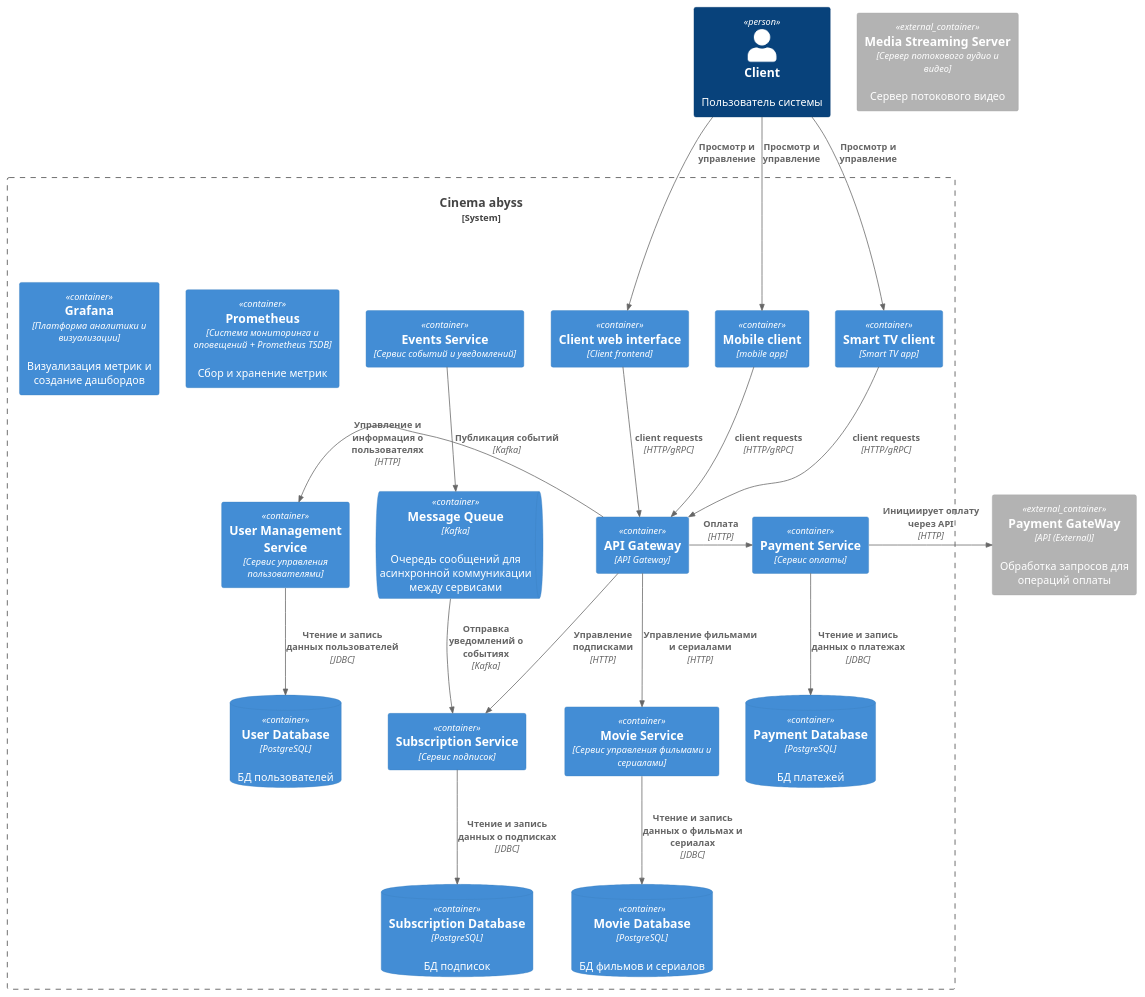
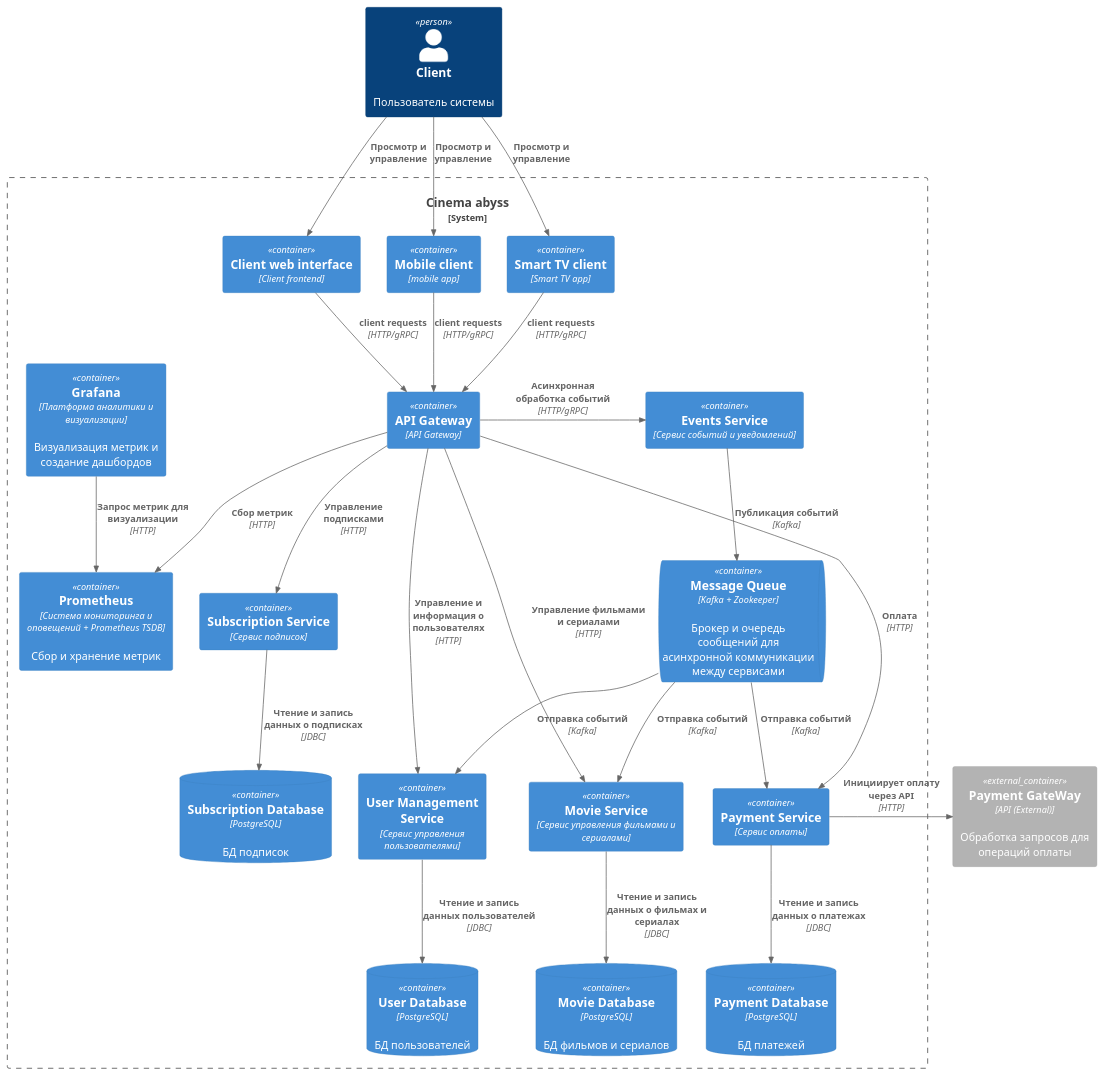
The diagram in docs/containers_C4.puml (ayakhont/architecture-cinemaabyss), drawn with PlantUML before and after one commit. The commit also changed 5 other files, not shown here.

```diff
--- a/docs/containers_C4.puml
+++ b/docs/containers_C4.puml
@@ -1,55 +1,59 @@
 @startuml
 
 !include <C4/C4_Container>
 
 Person(client, "Client", "Пользователь системы")
 System_Boundary(platform, "Cinema abyss") {
     Container(clientFrontend, "Client web interface", "Client frontend")
     Container(clientMobile, "Mobile client", "mobile app")
     Container(clientTv, "Smart TV client", "Smart TV app")
     Container(apiGateway, "API Gateway", "API Gateway")
     Container(userManagement, "User Management Service", "Сервис управления пользователями")
     ContainerDb(userDb, "User Database", "PostgreSQL", "БД пользователей")
     Container(paymentService, "Payment Service", "Сервис оплаты")
     ContainerDb(paymentDb, "Payment Database", "PostgreSQL", "БД платежей")
     Container(subscriptionService, "Subscription Service", "Сервис подписок")
     ContainerDb(subscriptionDb, "Subscription Database", "PostgreSQL", "БД подписок")
     Container(eventsService, "Events Service", "Сервис событий и уведомлений")
-    ContainerQueue(messageQueue, "Message Queue", "Kafka", "Очередь сообщений для асинхронной коммуникации между сервисами")
+    ContainerQueue(messageQueue, "Message Queue", "Kafka + Zookeeper", "Брокер и очередь сообщений для асинхронной коммуникации между сервисами")
     Container(moviesService, "Movie Service", "Сервис управления фильмами и сериалами")
     ContainerDb(movieDb, "Movie Database", "PostgreSQL", "БД фильмов и сериалов")
 
 
 
     Container(prometheus, "Prometheus", "Система мониторинга и оповещений + Prometheus TSDB", "Сбор и хранение метрик")
     Container(grafana, "Grafana", "Платформа аналитики и визуализации", "Визуализация метрик и создание дашбордов")
 }
 Container_Ext(payment, "Payment GateWay", "API (External)", "Обработка запросов для операций оплаты")
-Container_Ext(mediaStreamingServer, "Media Streaming Server", "Сервер потокового аудио и видео", "Сервер потокового видео")
-
 
 Rel(client, clientFrontend, "Просмотр и управление")
 Rel(client, clientMobile, "Просмотр и управление")
 Rel(client, clientTv, "Просмотр и управление")
 Rel(clientFrontend, apiGateway, "client requests", "HTTP/gRPC")
 Rel(clientMobile, apiGateway, "client requests", "HTTP/gRPC")
 Rel(clientTv, apiGateway, "client requests", "HTTP/gRPC")
 Rel(userManagement, userDb, "Чтение и запись данных пользователей", "JDBC")
 Rel(subscriptionService, subscriptionDb, "Чтение и запись данных о подписках", "JDBC")
 Rel(eventsService, messageQueue, "Публикация событий", "Kafka")
 Rel(moviesService, movieDb, "Чтение и запись данных о фильмах и сериалах", "JDBC")
 
-Rel(messageQueue, subscriptionService, "Отправка уведомлений о событиях", "Kafka")
+Rel(messageQueue, moviesService, "Отправка событий", "Kafka")
+Rel(messageQueue, userManagement, "Отправка событий", "Kafka")
+Rel(messageQueue, paymentService, "Отправка событий", "Kafka")
+
 
 Rel_R(apiGateway, paymentService, "Оплата", "HTTP")
+Rel_R(apiGateway, "eventsService", "Асинхронная обработка событий", "HTTP/gRPC")
 Rel_L(apiGateway, userManagement, "Управление и информация о пользователях" ,"HTTP")
 Rel(apiGateway, subscriptionService, "Управление подписками", "HTTP")
 Rel(apiGateway, moviesService, "Управление фильмами и сериалами", "HTTP")
+Rel(apiGateway, prometheus, "Сбор метрик", "HTTP")
+Rel(grafana, prometheus, "Запрос метрик для визуализации", "HTTP")
 
 Rel_R(paymentService, payment, "Инициирует оплату через API", "HTTP")
 Rel(paymentService, paymentDb, "Чтение и запись данных о платежах", "JDBC")
 
 
 
 
 @enduml
```
